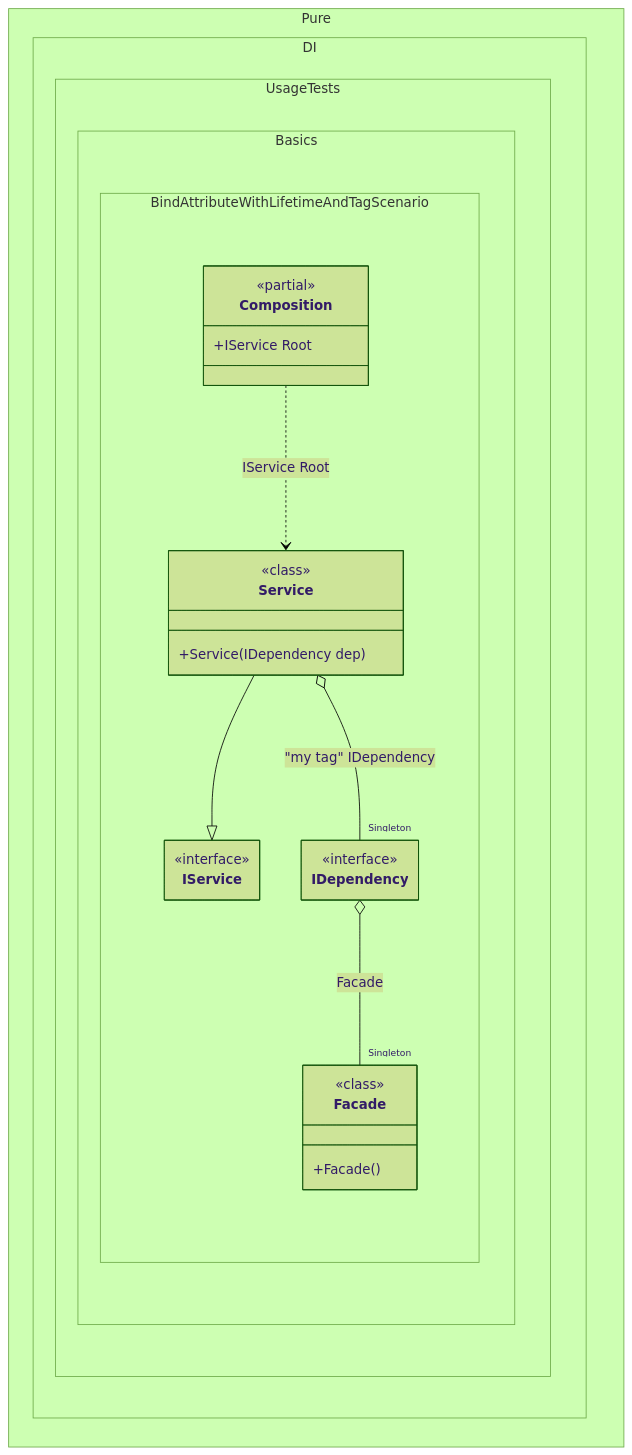
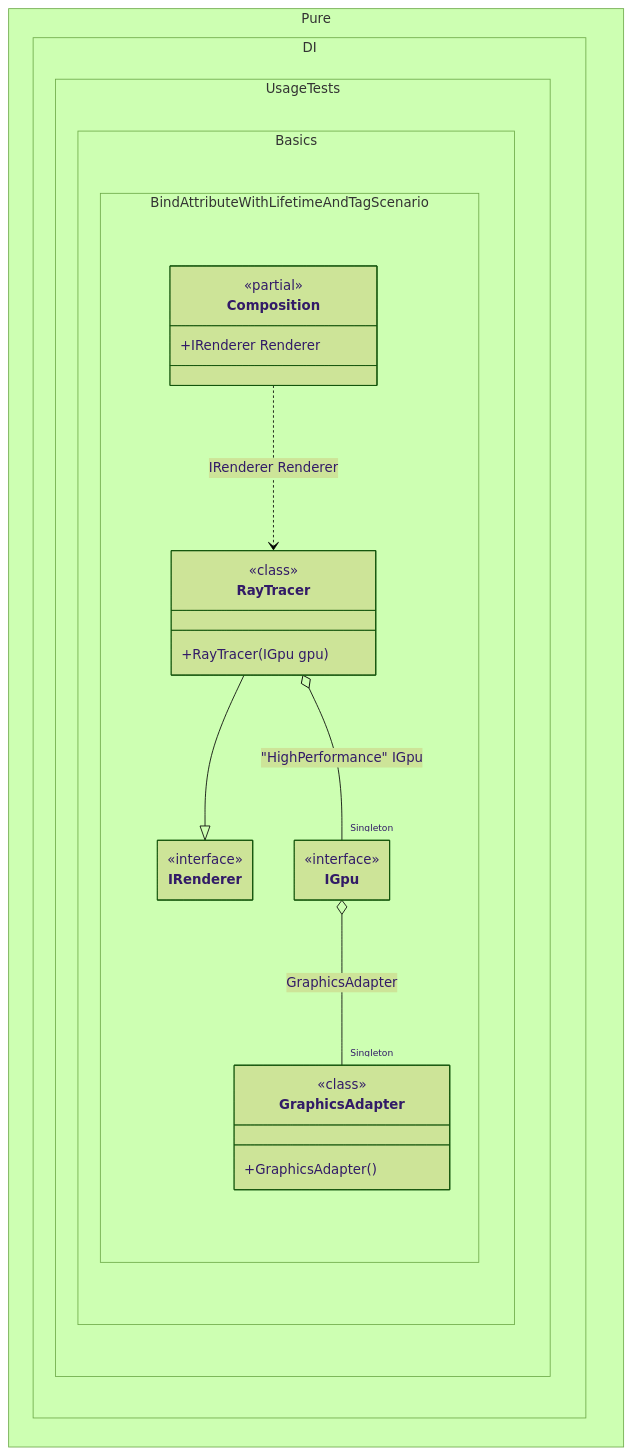
One commit to DevTeam/Pure.DI changed the diagram in readme/bind-attribute-with-lifetime-and-tag.md. Above: the diagram before and after it, drawn with Mermaid (forest theme). The commit also changed other lines of this file and 126 other files, not shown here.

````diff
--- a/readme/bind-attribute-with-lifetime-and-tag.md
+++ b/readme/bind-attribute-with-lifetime-and-tag.md
@@ -130,34 +131,34 @@
 ```mermaid
 ---
  config:
   maxTextSize: 2147483647
   maxEdges: 2147483647
   class:
    hideEmptyMembersBox: true
 ---
 classDiagram
-	Service --|> IService
-	Composition ..> Service : IService Root
-	Service o-- "Singleton" IDependency : "my tag"  IDependency
-	IDependency o-- "Singleton" Facade : Facade
+	RayTracer --|> IRenderer
+	Composition ..> RayTracer : IRenderer Renderer
+	RayTracer o-- "Singleton" IGpu : "HighPerformance"  IGpu
+	IGpu o-- "Singleton" GraphicsAdapter : GraphicsAdapter
 	namespace Pure.DI.UsageTests.Basics.BindAttributeWithLifetimeAndTagScenario {
 		class Composition {
 		<<partial>>
-		+IService Root
+		+IRenderer Renderer
 		}
-		class Facade {
+		class GraphicsAdapter {
 				<<class>>
-			+Facade()
+			+GraphicsAdapter()
 		}
-		class IDependency {
+		class IGpu {
 				<<interface>>
 		}
-		class IService {
+		class IRenderer {
 			<<interface>>
 		}
-		class Service {
+		class RayTracer {
 				<<class>>
-			+Service(IDependency dep)
+			+RayTracer(IGpu gpu)
 		}
 	}
 ```
````
